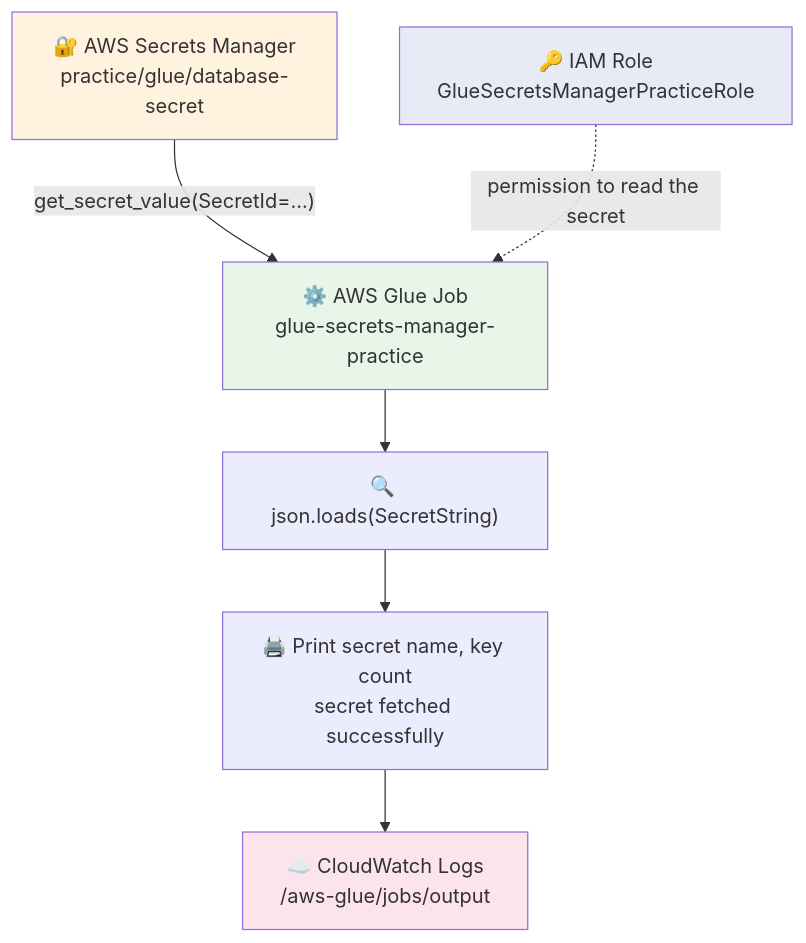
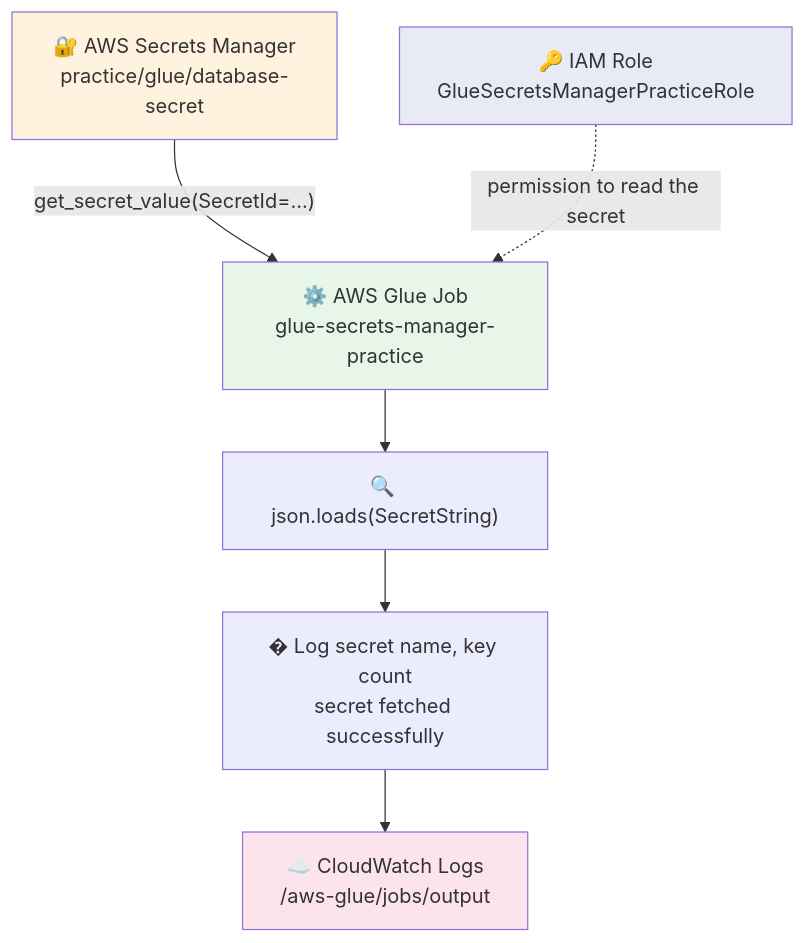
Before and after one commit to Kshitijavir/aws-pipelines-september-2026: the diagram in 01) AWS/18) glue to secrets manager (fetch secret/01) README.md, drawn with Mermaid. The commit also changed other lines of this file and 1 other file, not shown here.

First line of the commit message:
Use a Python logger instead of print in the pipeline 18 Glue job

````diff
--- a/01) AWS/18) glue to secrets manager (fetch secret/01) README.md
+++ b/01) AWS/18) glue to secrets manager (fetch secret/01) README.md
@@ -44,13 +44,13 @@
 ```mermaid
 graph TD
     A["🔐 AWS Secrets Manager<br/>practice/glue/database-secret"] -->|"get_secret_value(SecretId=...)"| B["⚙️ AWS Glue Job<br/>glue-secrets-manager-practice"]
     C["🔑 IAM Role<br/>GlueSecretsManagerPracticeRole"] -.->|"permission to read the secret"| B
     B --> D["🔍 json.loads(SecretString)"]
-    D --> E["🖨️ Print secret name, key count<br/>secret fetched successfully"]
+    D --> E["� Log secret name, key count<br/>secret fetched successfully"]
     E --> F["☁️ CloudWatch Logs<br/>/aws-glue/jobs/output"]
 
     style A fill:#fff3e0
     style B fill:#e8f5e9
     style C fill:#e8eaf6
     style F fill:#fce4ec
 ```
````
